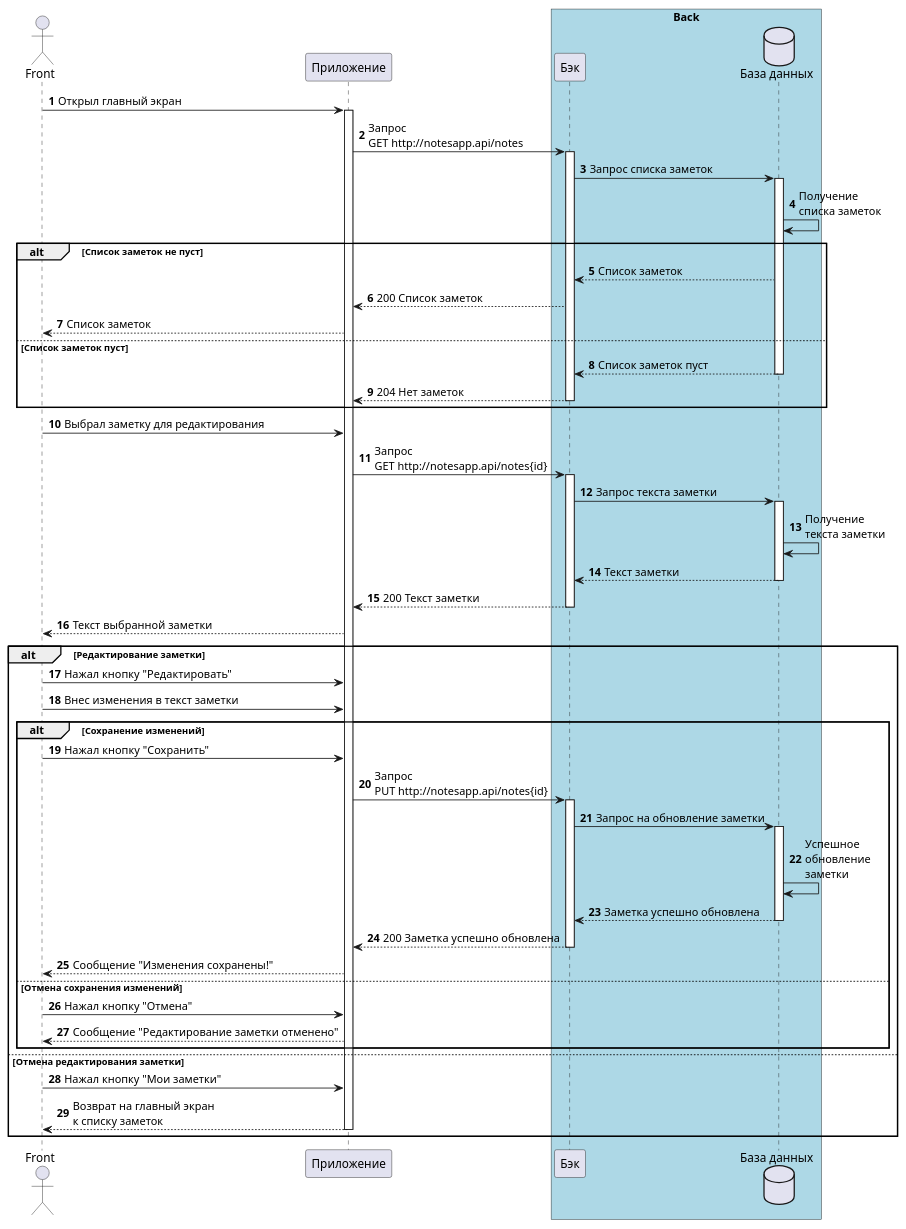
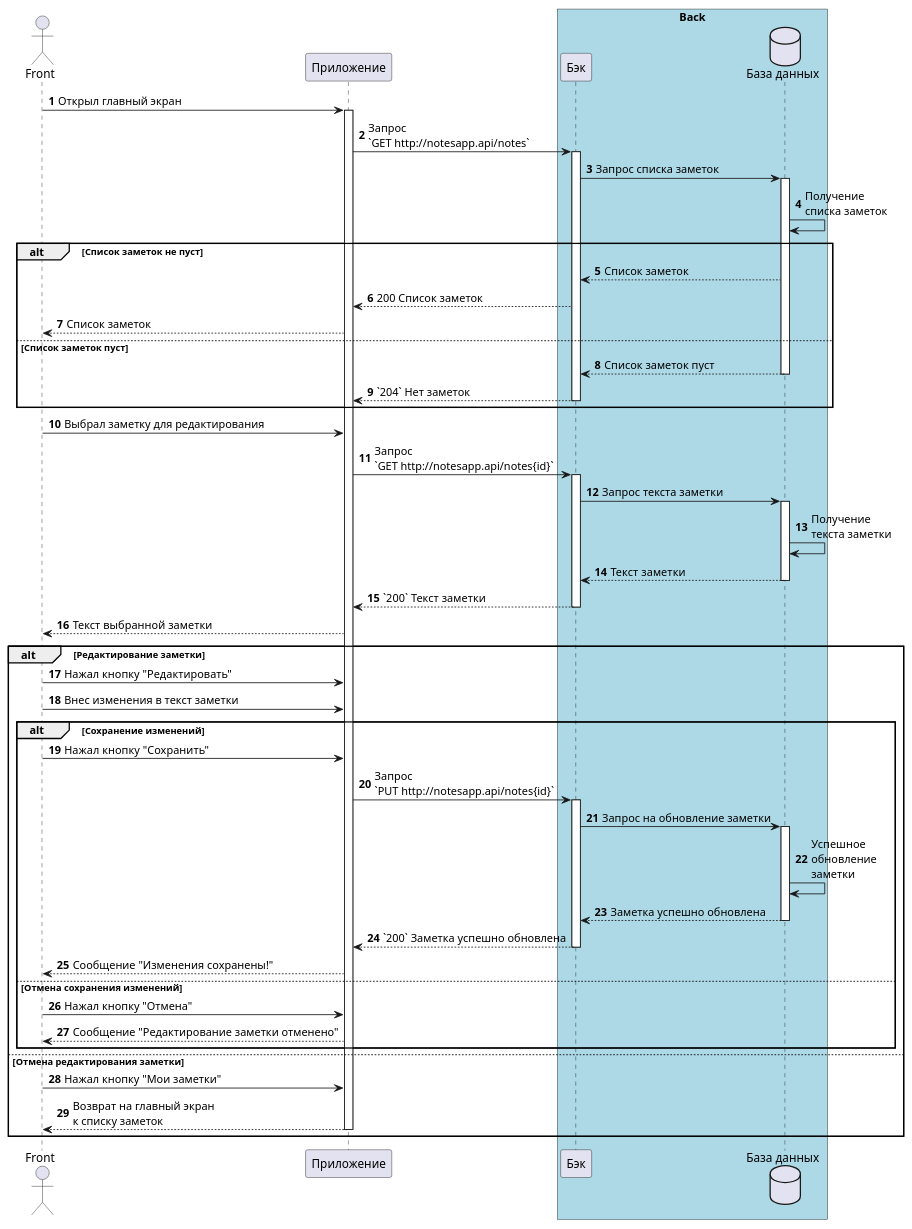
One commit to elena-chistyakova/study_manual changed the diagram in docs/notesupp.md. Above: the diagram before and after it, drawn with PlantUML.

Commit message:
добавлена диаграмма puml

````diff
--- a/docs/notesupp.md
+++ b/docs/notesupp.md
@@ -41,52 +41,52 @@
 ```puml
 @startuml
 actor "Front" as front
 autonumber
 participant "Приложение" as app
 box "Back" #LightBlue
 participant "Бэк" as b
 database "База данных" as db
 end box
 
 front -> app++: Открыл главный экран
-app -> b++: Запрос\nGET http://notesapp.api/notes
+app -> b++: Запрос\n`GET http://notesapp.api/notes`
 b -> db++: Запрос списка заметок
 db -> db:  Получение\nсписка заметок
 alt Список заметок не пуст
 db --> b: Список заметок
 b --> app: 200 Список заметок
 app --> front: Список заметок
 else Список заметок пуст
 db --> b--: Список заметок пуст
-b --> app--: 204 Нет заметок
+b --> app--: `204` Нет заметок
 end
 
 front -> app: Выбрал заметку для редактирования
-app -> b++: Запрос\nGET http://notesapp.api/notes{id}
+app -> b++: Запрос\n`GET http://notesapp.api/notes{id}`
 b -> db++: Запрос текста заметки
 db -> db:  Получение\nтекста заметки
 db --> b--: Текст заметки
-b --> app--: 200 Текст заметки
+b --> app--: `200` Текст заметки
 app --> front: Текст выбранной заметки
 
 alt Редактирование заметки
 front -> app: Нажал кнопку "Редактировать"
 front -> app: Внес изменения в текст заметки
  alt Сохранение изменений
  front -> app: Нажал кнопку "Сохранить"
- app -> b++: Запрос\nPUT http://notesapp.api/notes{id}
+ app -> b++: Запрос\n`PUT http://notesapp.api/notes{id}`
  b -> db++: Запрос на обновление заметки
  db -> db: Успешное\nобновление\nзаметки
  db --> b--: Заметка успешно обновлена
- b --> app--: 200 Заметка успешно обновлена
+ b --> app--: `200` Заметка успешно обновлена
  app --> front: Сообщение "Изменения сохранены!"
  else Отмена сохранения изменений
  front -> app: Нажал кнопку "Отмена"
  app --> front: Сообщение "Редактирование заметки отменено"
  end
 else Отмена редактирования заметки
 front -> app: Нажал кнопку "Мои заметки"
 app --> front--: Возврат на главный экран\nк списку заметок
 end
 @enduml
 ```
````
